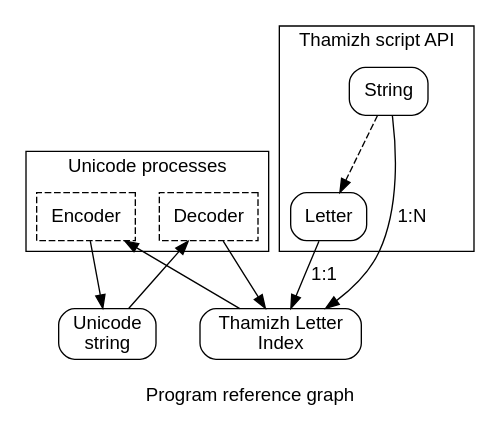
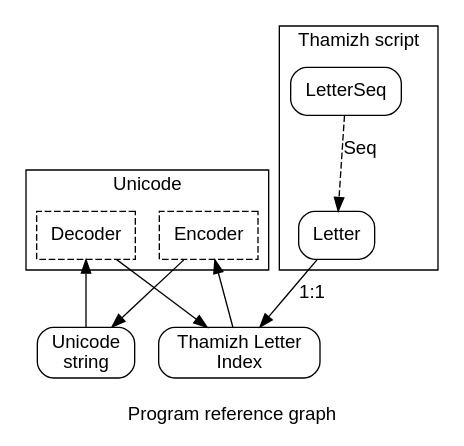
Before and after one commit to ThamizhLearner/Thamizh: the diagram in macro.gv, drawn with Graphviz. The commit also changed 9 other files, not shown here.

Commit message:
Refactored to use LetterSeq (#18)

```diff
--- a/macro.gv
+++ b/macro.gv
@@ -1,33 +1,32 @@
 digraph {
    node [ fontname = helvetica, shape = box, style = rounded ]
    edge [ fontname = helvetica ]
    graph [ fontname = helvetica ]
    label = "\nProgram reference graph"
 
    idx [ label = "Thamizh Letter\nIndex" ]
 
    subgraph cluster_unicode {
-      label = "Unicode processes"
+      label = "Unicode"
       node [ style = dashed ]
       uOut [ label = "Encoder" ]
       uIn [ label = "Decoder" ]
    }
 
    subgraph cluster_model {
-      label = "Thamizh script API"
+      label = "Thamizh script"
       char [ label = "Letter" ]
-      str [ label = "String" ]
+      str [ label = "LetterSeq" ]
    }
 
    uStr [ label = "Unicode\nstring" ]
 
    uStr -> uIn
    uOut -> uStr
 
    uIn -> idx [ label = "" ]
    idx -> uOut [ label = "" ]
 
    char -> idx [ label = "1:1" ]
-   str -> idx [ label = "1:N" ]
-   str -> char [ style = dashed ]
+   str -> char [ label = "Seq" style = dashed ]
 }
```
